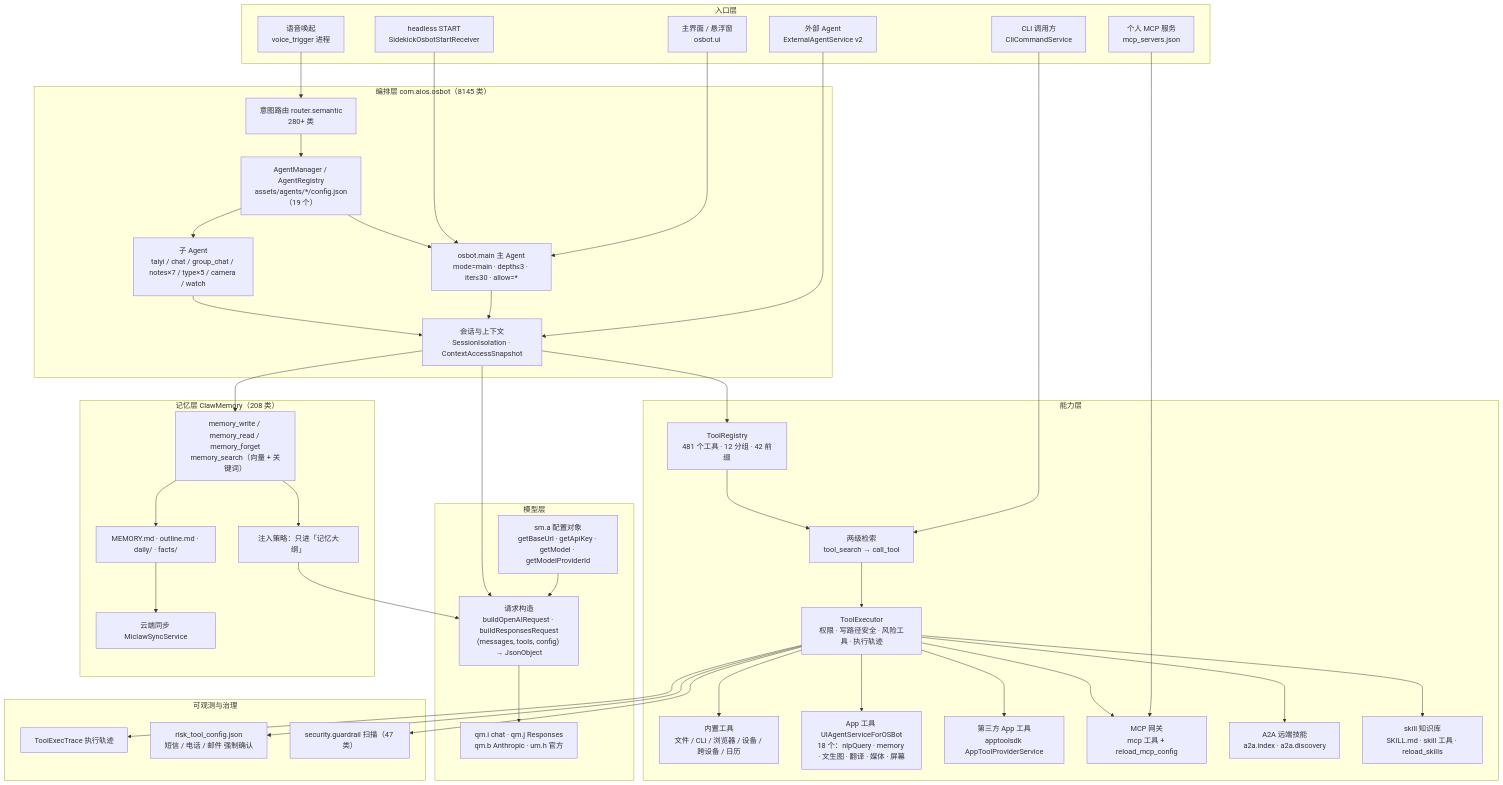
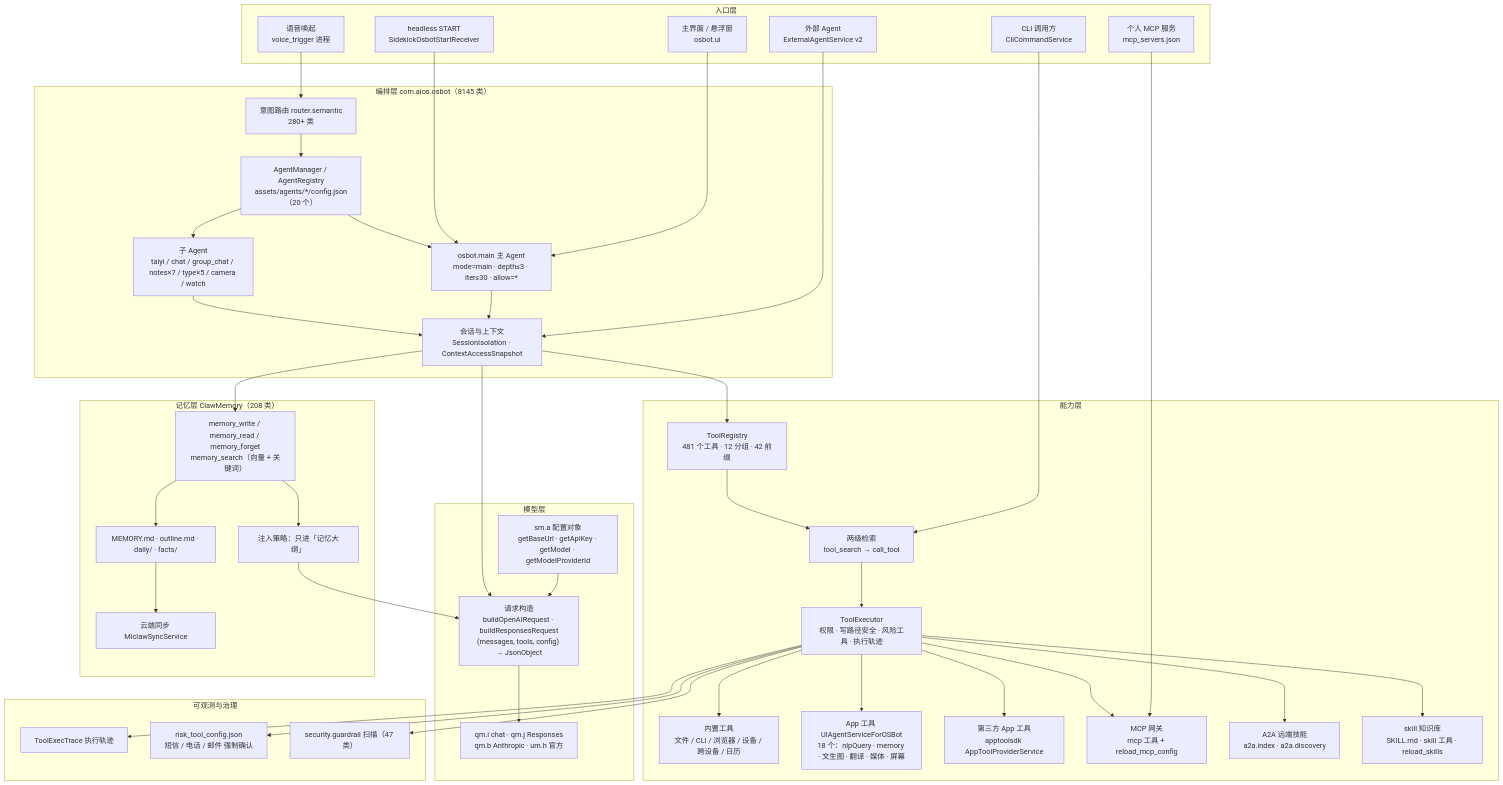
One commit to xuanyuanluoxue/xiaoi-plus changed the first of 5 diagrams in reverse/docs/01-architecture.md. Above: the diagram before and after it, drawn with Mermaid. The commit also changed other lines of this file and 9 other files, not shown here.

Commit message:
docs(agent): 四份专项规划 + 路线图（MCP 工具面/人格技能/记忆/双向接入），并修正 Agent 数量 19→20

```diff
--- a/reverse/docs/01-architecture.md
+++ b/reverse/docs/01-architecture.md
@@ -19,7 +19,7 @@
   end
 
   subgraph ORCH["编排层 com.aios.osbot（8145 类）"]
-    O1["AgentManager / AgentRegistry<br/>assets/agents/*/config.json（19 个）"]
+    O1["AgentManager / AgentRegistry<br/>assets/agents/*/config.json（20 个）"]
     O2["osbot.main 主 Agent<br/>mode=main · depth≤3 · iter≤30 · allow=*"]
     O3["子 Agent<br/>taiyi / chat / group_chat / notes×7 / type×5 / camera / watch"]
     O4["意图路由 router.semantic<br/>280+ 类"]
```
